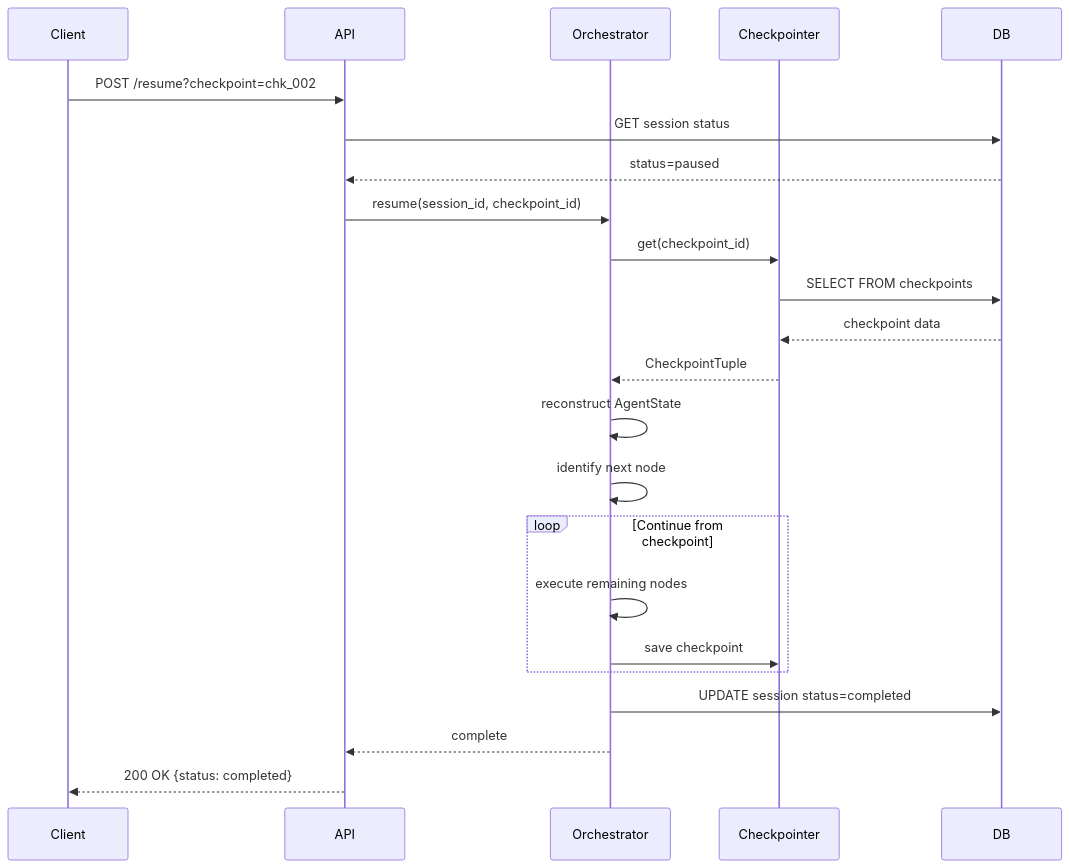
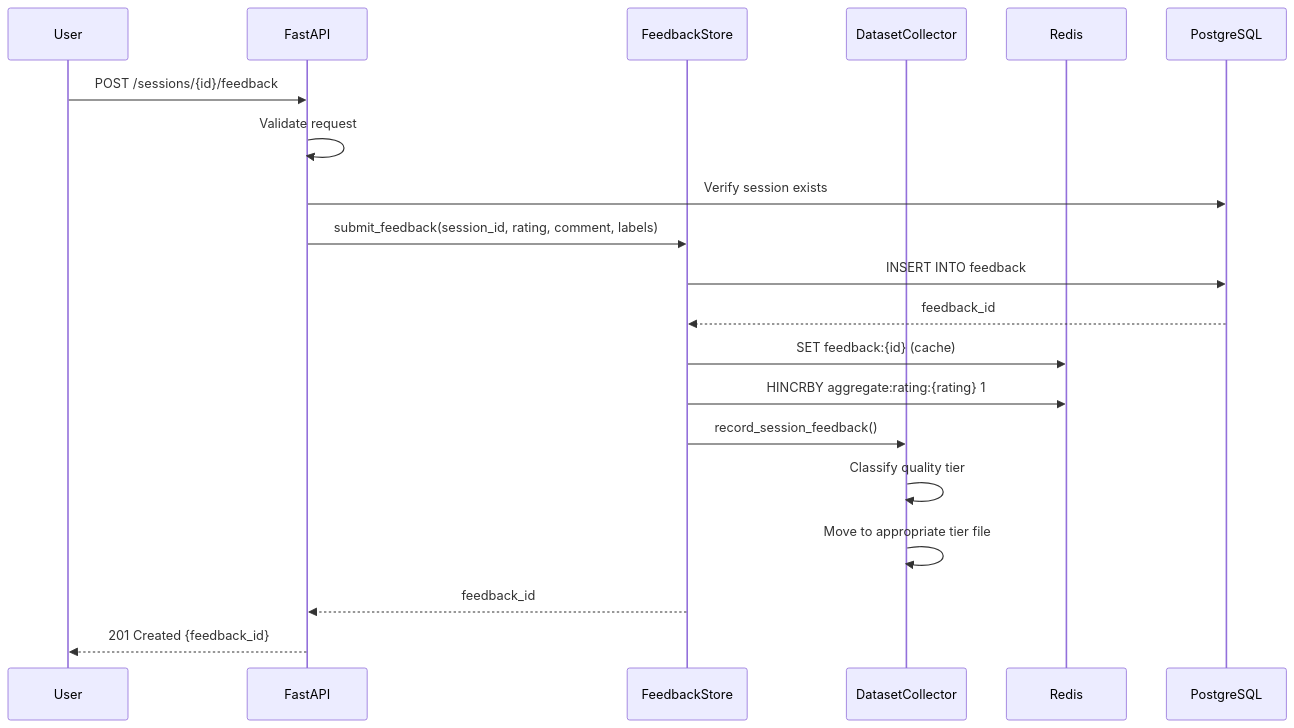
Before and after one commit to satyamaix/DeepResearchX: diagram 20 of 26 in docs/LLD.md, drawn with Mermaid. The commit also changed other lines of this file and 2 other files, not shown here.

````diff
--- a/docs/LLD.md
+++ b/docs/LLD.md
@@ -641,33 +1160,28 @@
 ```mermaid
 sequenceDiagram
-    participant Client
-    participant API
-    participant Orchestrator
-    participant Checkpointer
-    participant DB
+    participant U as User
+    participant API as FastAPI
+    participant FS as FeedbackStore
+    participant DC as DatasetCollector
+    participant R as Redis
+    participant DB as PostgreSQL
 
-    Client->>API: POST /resume?checkpoint=chk_002
+    U->>API: POST /sessions/{id}/feedback
+    API->>API: Validate request
+    API->>DB: Verify session exists
 
-    API->>DB: GET session status
-    DB-->>API: status=paused
+    API->>FS: submit_feedback(session_id, rating, comment, labels)
 
-    API->>Orchestrator: resume(session_id, checkpoint_id)
+    FS->>DB: INSERT INTO feedback
+    DB-->>FS: feedback_id
 
-    Orchestrator->>Checkpointer: get(checkpoint_id)
-    Checkpointer->>DB: SELECT FROM checkpoints
-    DB-->>Checkpointer: checkpoint data
-    Checkpointer-->>Orchestrator: CheckpointTuple
+    FS->>R: SET feedback:{id} (cache)
+    FS->>R: HINCRBY aggregate:rating:{rating} 1
 
-    Orchestrator->>Orchestrator: reconstruct AgentState
-    Orchestrator->>Orchestrator: identify next node
+    FS->>DC: record_session_feedback()
+    DC->>DC: Classify quality tier
+    DC->>DC: Move to appropriate tier file
 
-    loop Continue from checkpoint
-        Orchestrator->>Orchestrator: execute remaining nodes
-        Orchestrator->>Checkpointer: save checkpoint
-    end
-
-    Orchestrator->>DB: UPDATE session status=completed
-    Orchestrator-->>API: complete
-
-    API-->>Client: 200 OK {status: completed}
+    FS-->>API: feedback_id
+    API-->>U: 201 Created {feedback_id}
 ```
````
